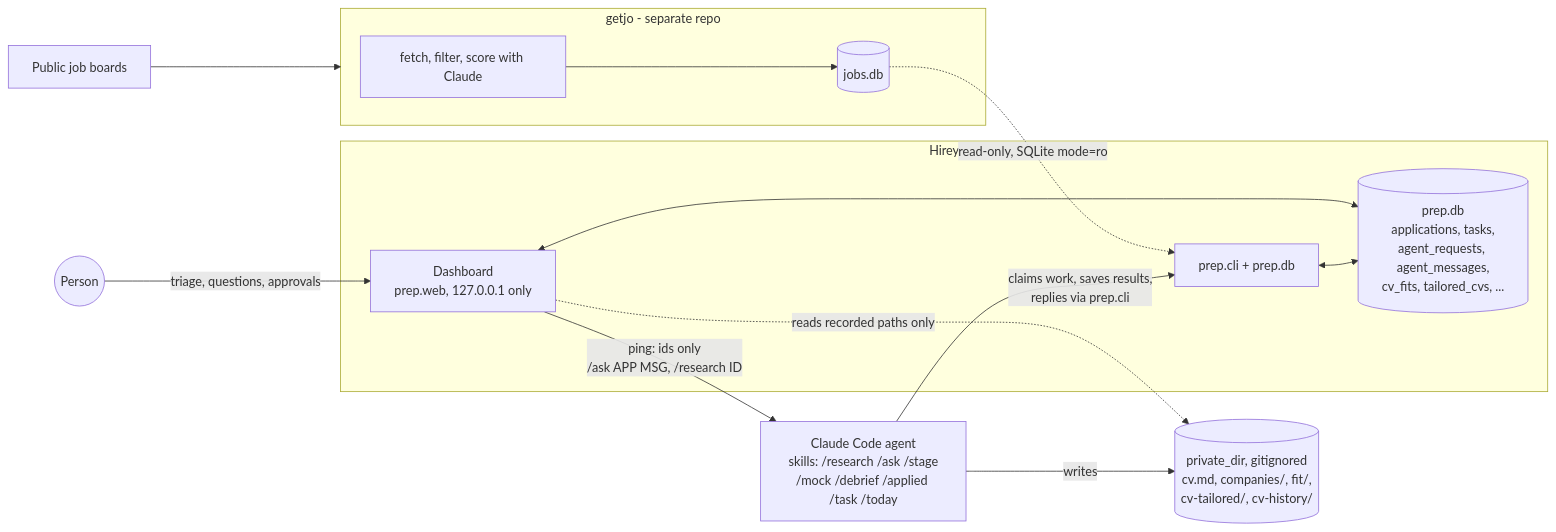
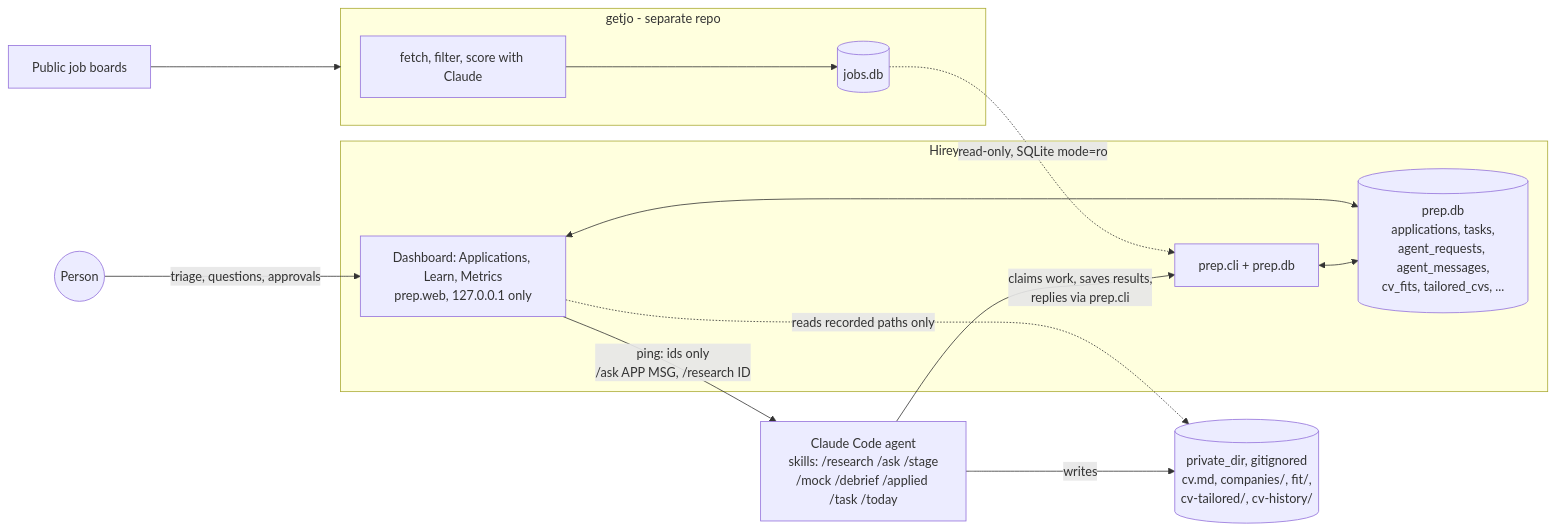
Before and after one commit to Pavlana/hirey: the diagram in README.md, drawn with Mermaid. The commit also changed other lines of this file and 23 other files, not shown here.

First line of the commit message:
Metrics page: Usage and Applications tabs (replaces the Dashboard)

````diff
--- a/README.md
+++ b/README.md
@@ -84,19 +90,19 @@
 ```mermaid
 flowchart LR
     boards[Public job boards] --> getjo
     subgraph getjo [getjo - separate repo]
         score[fetch, filter, score with Claude] --> jobs[(jobs.db)]
     end
     jobs -. read-only, SQLite mode=ro .-> core
 
     subgraph hirey [Hirey]
-        web[Dashboard<br/>prep.web, 127.0.0.1 only] <--> db[(prep.db<br/>applications, tasks,<br/>agent_requests, agent_messages,<br/>cv_fits, tailored_cvs, ...)]
+        web[Dashboard: Applications, Learn, Metrics<br/>prep.web, 127.0.0.1 only] <--> db[(prep.db<br/>applications, tasks,<br/>agent_requests, agent_messages,<br/>cv_fits, tailored_cvs, ...)]
         core[prep.cli + prep.db] <--> db
     end
 
     user((Person)) -- triage, questions, approvals --> web
     web -- "ping: ids only<br/>/ask APP MSG, /research ID" --> agent
     agent[Claude Code agent<br/>skills: /research /ask /stage<br/>/mock /debrief /applied /task /today] -- "claims work, saves results,<br/>replies via prep.cli" --> core
     agent -- writes --> private[(private_dir, gitignored<br/>cv.md, companies/, fit/,<br/>cv-tailored/, cv-history/)]
     web -. reads recorded paths only .-> private
 ```
````
